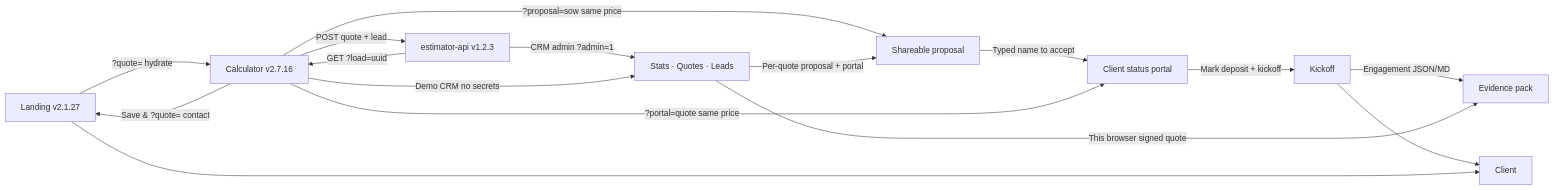
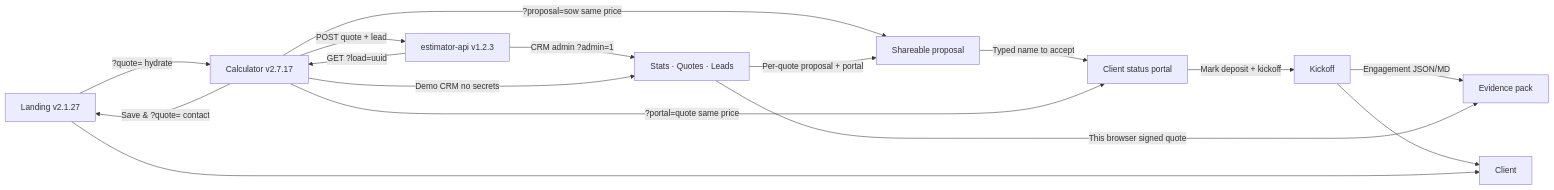
One commit to pixellayer7-jpg/pixellayer7-jpg changed the diagram in README.md. Above: the diagram before and after it, drawn with Mermaid. The commit also changed other lines of this file and 4 other files, not shown here.

````diff
--- a/README.md
+++ b/README.md
@@ -21,18 +21,18 @@
 ```mermaid
 flowchart LR
-  A[Landing v2.1.27] -->|?quote= hydrate| B[Calculator v2.7.16]
+  A[Landing v2.1.27] -->|?quote= hydrate| B[Calculator v2.7.17]
   B -->|Save & ?quote= contact| A
   B -->|?proposal=sow same price| R[Shareable proposal]
   R -->|Typed name to accept| P[Client status portal]
   P -->|Mark deposit + kickoff| K[Kickoff]
   K -->|Engagement JSON/MD| X[Evidence pack]
   B -->|?portal=quote same price| P
   B -->|POST quote + lead| D[estimator-api v1.2.3]
   D -->|CRM admin ?admin=1| E[Stats · Quotes · Leads]
   B -->|Demo CRM no secrets| E
   E -->|This browser signed quote| X
   E -->|Per-quote proposal + portal| R
   K --> F[Client]
   D -->|GET ?load=uuid| B
   A --> F[Client]
 ```
````
